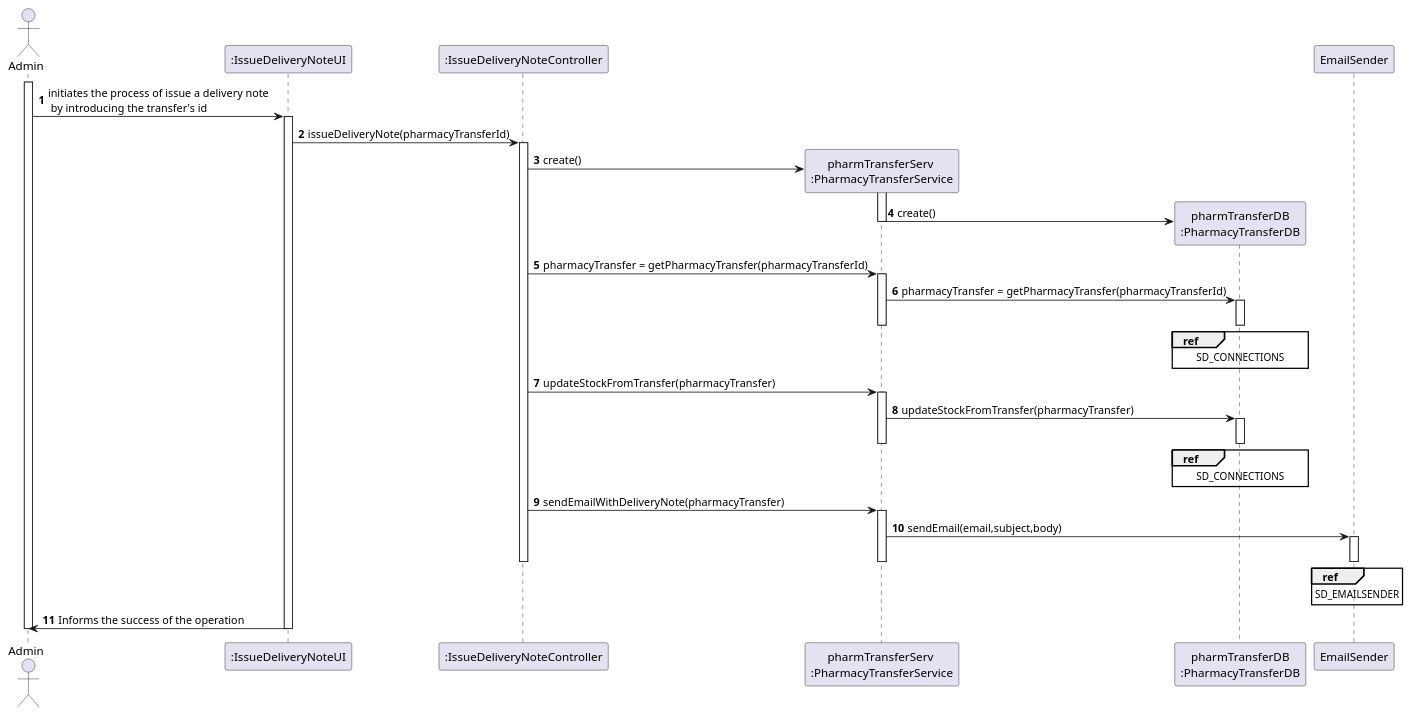
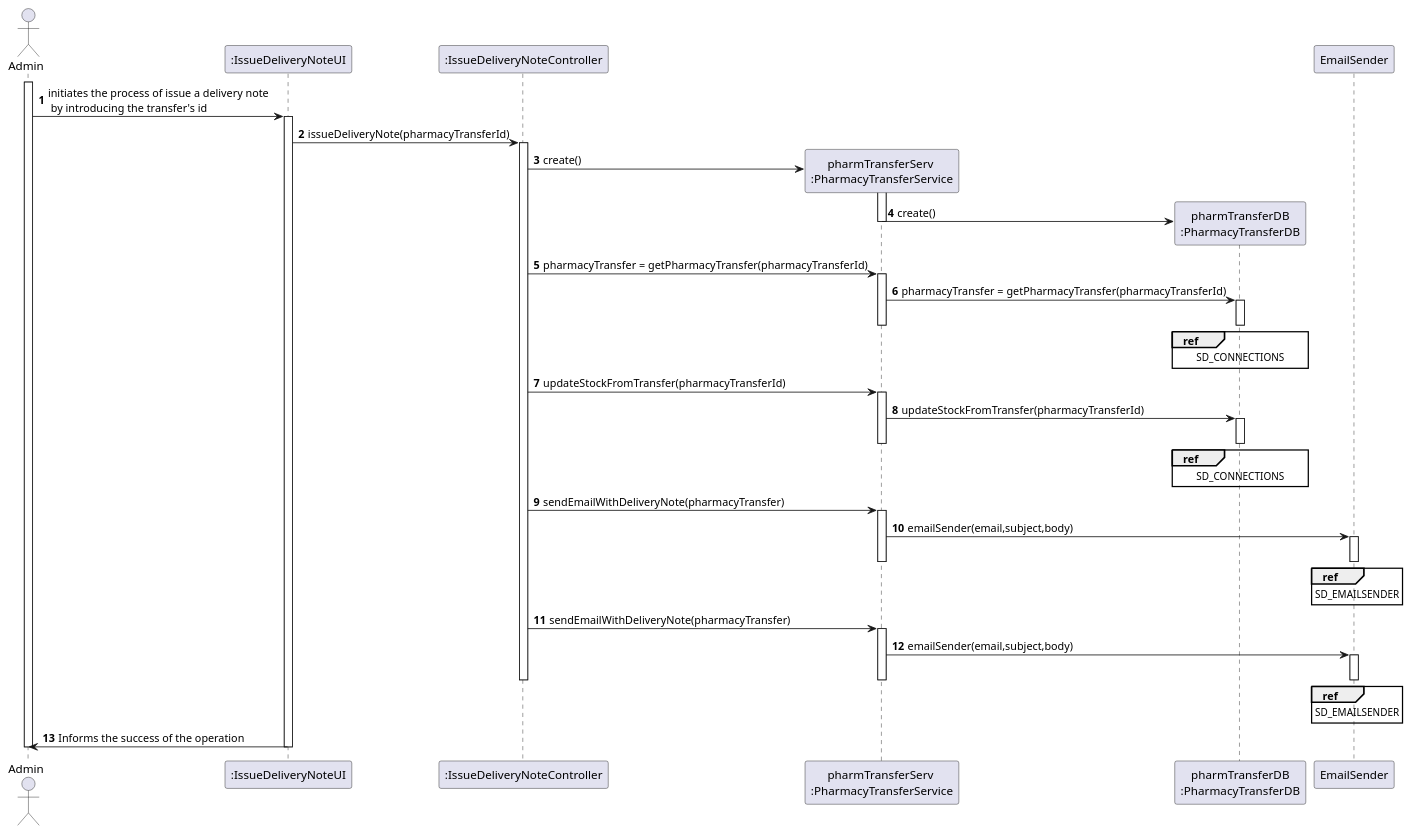
Before and after one commit to tiagoavcosta25/LAPR3: the diagram in docs/Iteration 2/Pharmacy Management/US203_IssueDeliveryNote/US203_SD.puml, drawn with PlantUML. The commit also changed 9 other files, not shown here.

```diff
--- a/docs/Iteration 2/Pharmacy Management/US203_IssueDeliveryNote/US203_SD.puml
+++ b/docs/Iteration 2/Pharmacy Management/US203_IssueDeliveryNote/US203_SD.puml
@@ -1,54 +1,63 @@
 @startuml
 autonumber
 actor "Admin" as ADMIN
 
 participant ":IssueDeliveryNoteUI" as UI
 participant ":IssueDeliveryNoteController" as CTRL
 participant "pharmTransferServ \n:PharmacyTransferService" as PTS
 participant "pharmTransferDB\n:PharmacyTransferDB" as PTDB
 participant "EmailSender" as E
 
 activate ADMIN
 
 ADMIN -> UI :initiates the process of issue a delivery note  \n by introducing the transfer's id
 activate UI
 UI -> CTRL : issueDeliveryNote(pharmacyTransferId)
 activate CTRL
 CTRL -> PTS** : create()
 activate PTS
 PTS -> PTDB** : create()
 deactivate PTS
 CTRL -> PTS : pharmacyTransfer = getPharmacyTransfer(pharmacyTransferId)
 activate PTS
 PTS -> PTDB : pharmacyTransfer = getPharmacyTransfer(pharmacyTransferId)
 activate PTDB
 ref over PTDB
 SD_CONNECTIONS
 end
 deactivate PTDB
 deactivate PTS
-CTRL -> PTS : updateStockFromTransfer(pharmacyTransfer)
+CTRL -> PTS : updateStockFromTransfer(pharmacyTransferId)
 activate PTS
-PTS -> PTDB : updateStockFromTransfer(pharmacyTransfer)
+PTS -> PTDB : updateStockFromTransfer(pharmacyTransferId)
 activate PTDB
 ref over PTDB
 SD_CONNECTIONS
 end
 deactivate PTDB
 deactivate PTS
 CTRL -> PTS : sendEmailWithDeliveryNote(pharmacyTransfer)
 activate PTS
-PTS -> E : sendEmail(email,subject,body)
+PTS -> E : emailSender(email,subject,body)
+activate E
+ref over E
+SD_EMAILSENDER
+end
+deactivate E
+deactivate PTS
+CTRL -> PTS : sendEmailWithDeliveryNote(pharmacyTransfer)
+activate PTS
+PTS -> E : emailSender(email,subject,body)
 activate E
 ref over E
 SD_EMAILSENDER
 end
 deactivate E
 deactivate PTS
 deactivate CTRL
 UI -> ADMIN : Informs the success of the operation
 deactivate UI
 
 deactivate ADMIN
 
 @enduml
```
